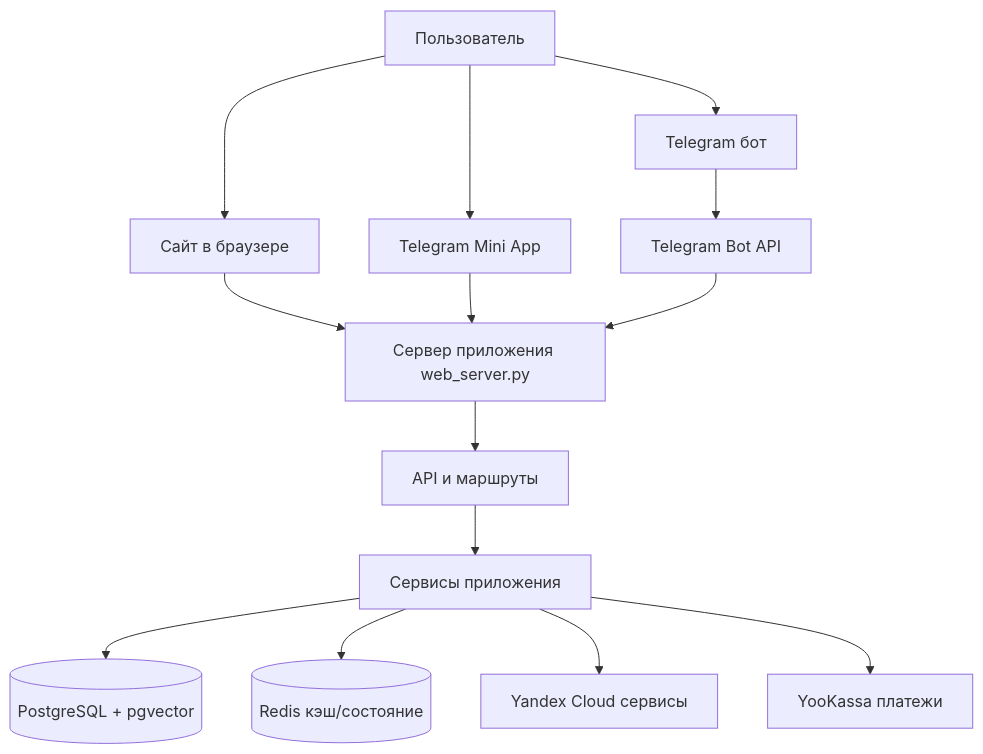
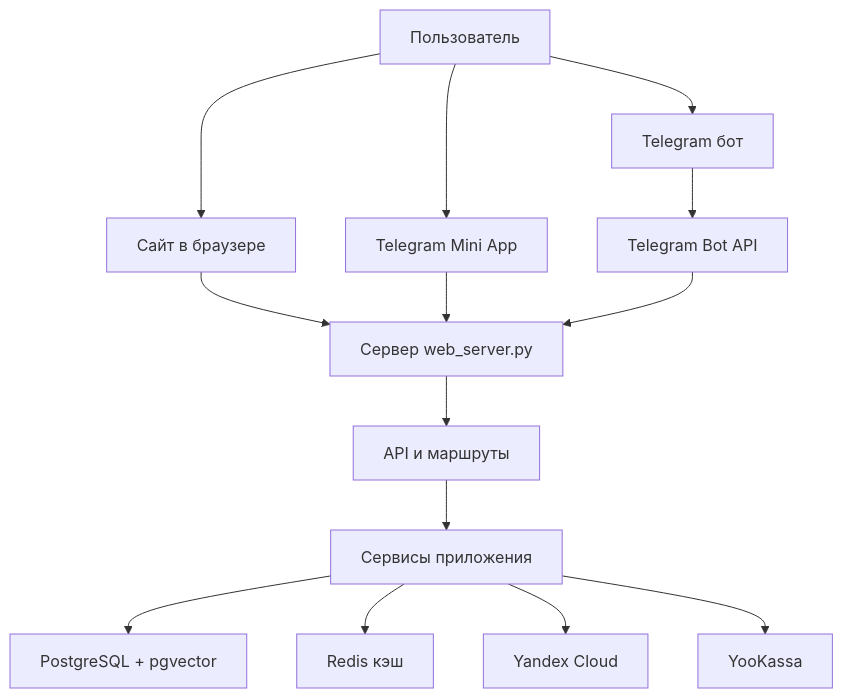
Before and after one commit to gaus-1/pandapal-bot: the diagram in README.md, drawn with Mermaid. The commit also changed other lines of this file and 4 other files, not shown here.

First line of the commit message:
docs: games info on site and README, fix Mermaid diagram

````diff
--- a/README.md
+++ b/README.md
@@ -139,18 +139,18 @@
 ```mermaid
 graph TB
-    user[Пользователь] --> web[Сайт в браузере]
-    user --> miniapp[Telegram Mini App]
-    user --> tgbot[Telegram бот]
+    user["Пользователь"] --> web["Сайт в браузере"]
+    user --> miniapp["Telegram Mini App"]
+    user --> tgbot["Telegram бот"]
 
-    web --> server[Сервер приложения web_server.py]
+    web --> server["Сервер web_server.py"]
     miniapp --> server
-    tgbot --> telegramApi[Telegram Bot API]
+    tgbot --> telegramApi["Telegram Bot API"]
     telegramApi --> server
 
-    server --> api[API и маршруты]
-    api --> services[Сервисы приложения]
-    services --> db[(PostgreSQL + pgvector)]
-    services --> redis[(Redis кэш/состояние)]
-    services --> yandex[Yandex Cloud сервисы]
-    services --> payments[YooKassa платежи]
+    server --> api["API и маршруты"]
+    api --> services["Сервисы приложения"]
+    services --> db["PostgreSQL + pgvector"]
+    services --> redis["Redis кэш"]
+    services --> yandex["Yandex Cloud"]
+    services --> payments["YooKassa"]
 ```
````
